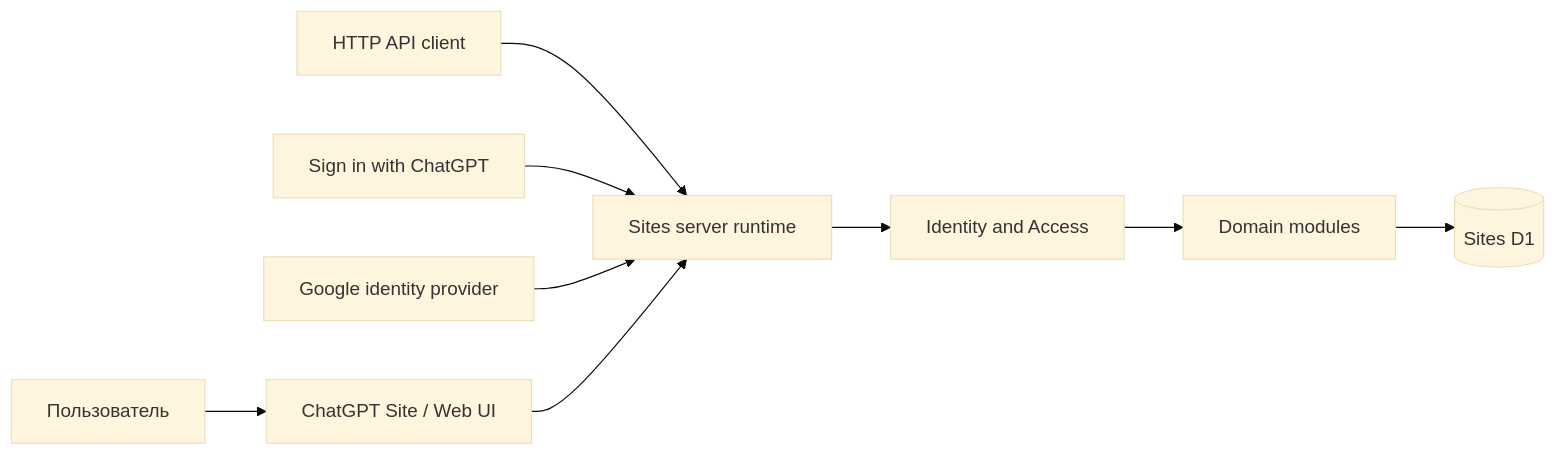
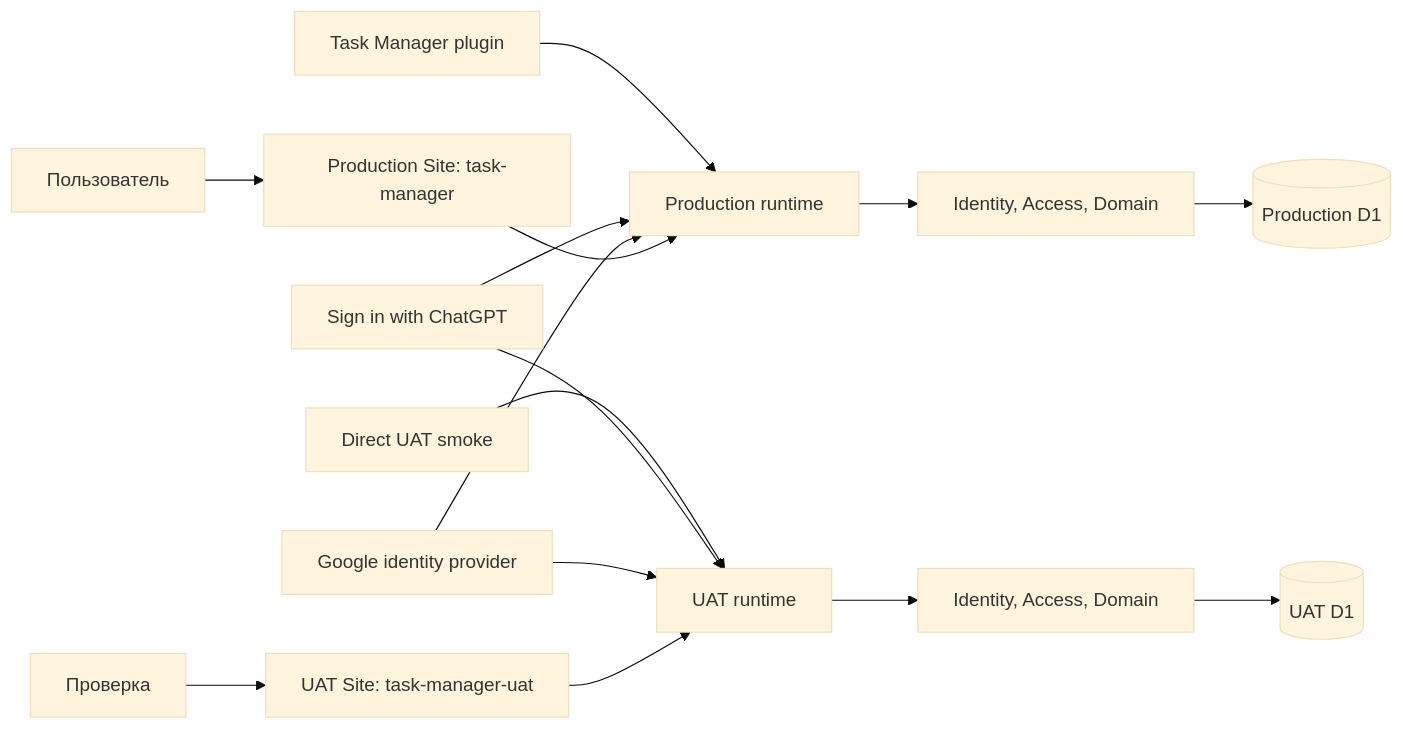
The diagram in docs/architecture.md (xxsrez/TaskManager), drawn with Mermaid (base theme) before and after one commit. The commit also changed other lines of this file and 6 other files, not shown here.

Commit message:
Split Task Manager production and UAT Sites

````diff
--- a/docs/architecture.md
+++ b/docs/architecture.md
@@ -30,11 +31,17 @@
 ```mermaid
 flowchart LR
-    U[Пользователь] --> SITE[ChatGPT Site / Web UI]
-    AG[HTTP API client] --> RT
-    CG[Sign in with ChatGPT] --> RT[Sites server runtime]
-    G[Google identity provider] --> RT
-    SITE --> RT
-    RT --> IA[Identity and Access]
-    IA --> D[Domain modules]
-    D --> DB[(Sites D1)]
+    U[Пользователь] --> PROD[Production Site: task-manager]
+    QA[Проверка] --> UAT[UAT Site: task-manager-uat]
+    PLUGIN[Task Manager plugin] --> PRT[Production runtime]
+    API[Direct UAT smoke] --> URT[UAT runtime]
+    CG[Sign in with ChatGPT] --> PRT
+    CG --> URT
+    G[Google identity provider] --> PRT
+    G --> URT
+    PROD --> PRT
+    UAT --> URT
+    PRT --> PIA[Identity, Access, Domain]
+    URT --> UIA[Identity, Access, Domain]
+    PIA --> PDB[(Production D1)]
+    UIA --> UDB[(UAT D1)]
 ```
````
